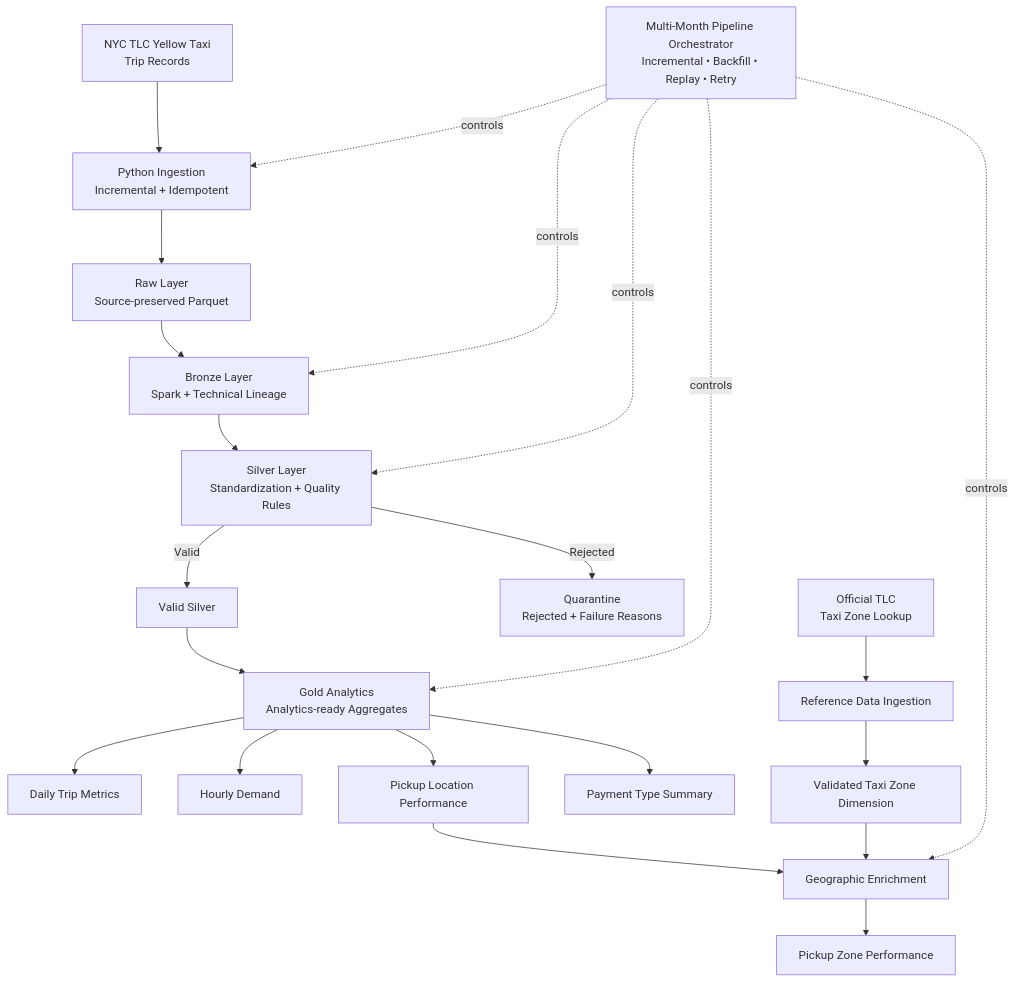
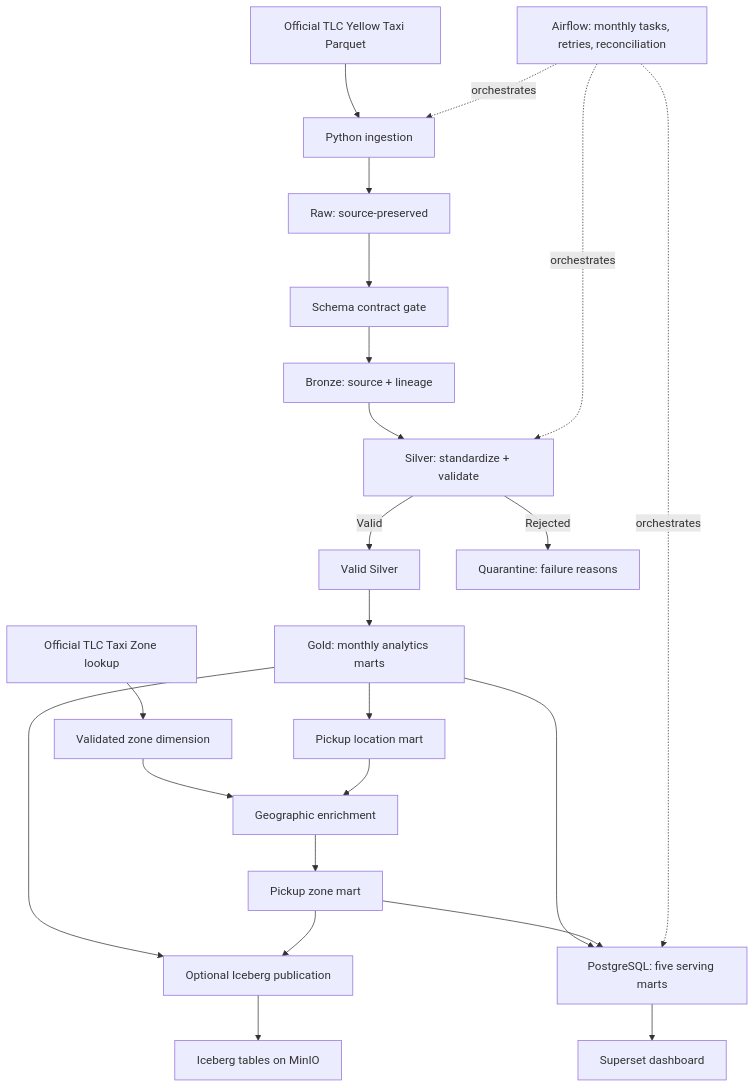
Before and after one commit to harshitha-108/nyc-taxi-lakehouse: the diagram in README.md, drawn with Mermaid. The commit also changed other lines of this file and 3 other files, not shown here.

````diff
--- a/README.md
+++ b/README.md
@@ -19,24 +18,18 @@
 ```mermaid
 flowchart TB
-    TLC["NYC TLC Yellow Taxi<br/>Trip Records"] --> ING["Python Ingestion<br/>Incremental + Idempotent"]
-    ING --> RAW["Raw Layer<br/>Source-preserved Parquet"]
-    RAW --> BRONZE["Bronze Layer<br/>Spark + Technical Lineage"]
-    BRONZE --> SILVER["Silver Layer<br/>Standardization + Quality Rules"]
-    SILVER -->|Valid| VALID["Valid Silver"]
-    SILVER -->|Rejected| QUARANTINE["Quarantine<br/>Rejected + Failure Reasons"]
-    VALID --> GOLD["Gold Analytics<br/>Analytics-ready Aggregates"]
-    GOLD --> DAILY["Daily Trip Metrics"]
-    GOLD --> HOURLY["Hourly Demand"]
-    GOLD --> LOCATION["Pickup Location Performance"]
-    GOLD --> PAYMENT["Payment Type Summary"]
-    ZONES["Official TLC<br/>Taxi Zone Lookup"] --> REF["Reference Data Ingestion"] --> DIM["Validated Taxi Zone Dimension"]
-    LOCATION --> GEO["Geographic Enrichment"]
-    DIM --> GEO
-    GEO --> ZONEGOLD["Pickup Zone Performance"]
-    ORCH["Multi-Month Pipeline Orchestrator<br/>Incremental • Backfill • Replay • Retry"]
-    ORCH -. controls .-> ING
-    ORCH -. controls .-> BRONZE
-    ORCH -. controls .-> SILVER
-    ORCH -. controls .-> GOLD
-    ORCH -. controls .-> GEO
+    TLC["Official TLC Yellow Taxi Parquet"] --> ING["Python ingestion"] --> RAW["Raw: source-preserved"]
+    RAW --> GATE["Schema contract gate"] --> BR["Bronze: source + lineage"] --> SI["Silver: standardize + validate"]
+    SI -->|Valid| V["Valid Silver"] --> GOLD["Gold: monthly analytics marts"]
+    SI -->|Rejected| Q["Quarantine: failure reasons"]
+    Z["Official TLC Taxi Zone lookup"] --> REF["Validated zone dimension"]
+    GOLD --> LOC["Pickup location mart"]
+    REF --> GEO["Geographic enrichment"]
+    LOC --> GEO --> ZONE["Pickup zone mart"]
+    GOLD --> PUB["Optional Iceberg publication"] --> MINIO["Iceberg tables on MinIO"]
+    ZONE --> PUB
+    GOLD --> SERVE["PostgreSQL: five serving marts"]
+    ZONE --> SERVE --> BI["Superset dashboard"]
+    AIR["Airflow: monthly tasks, retries, reconciliation"] -. orchestrates .-> ING
+    AIR -. orchestrates .-> SI
+    AIR -. orchestrates .-> SERVE
 ```
````
